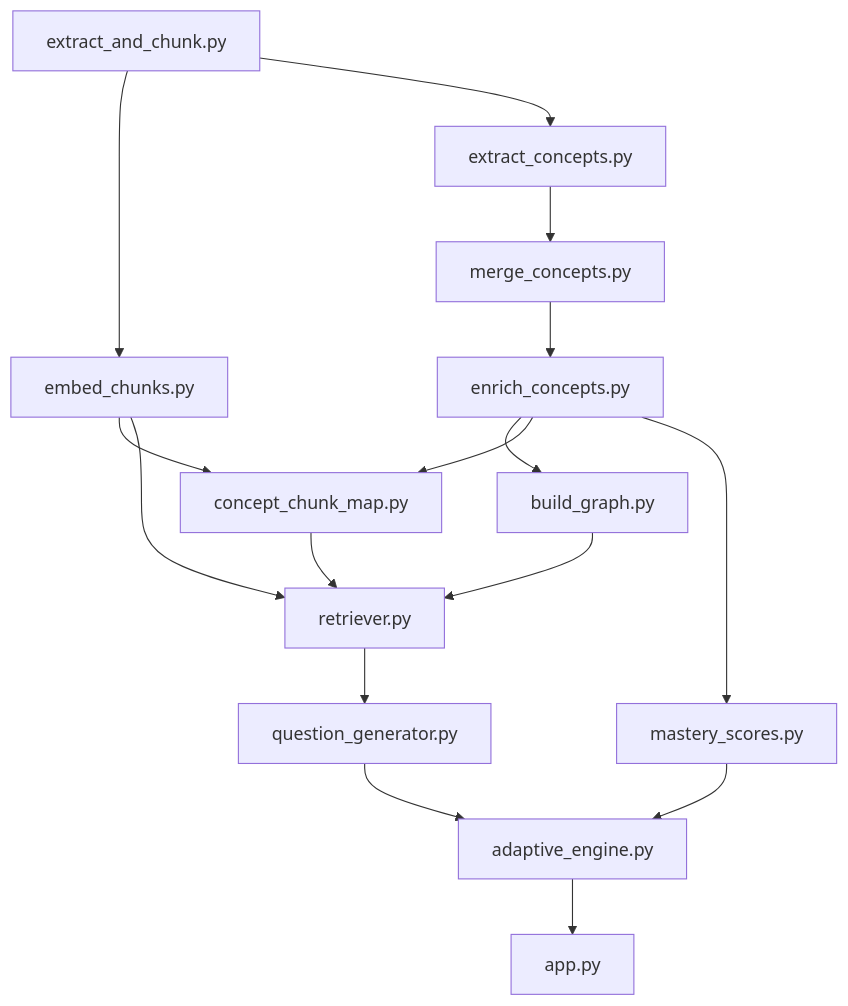
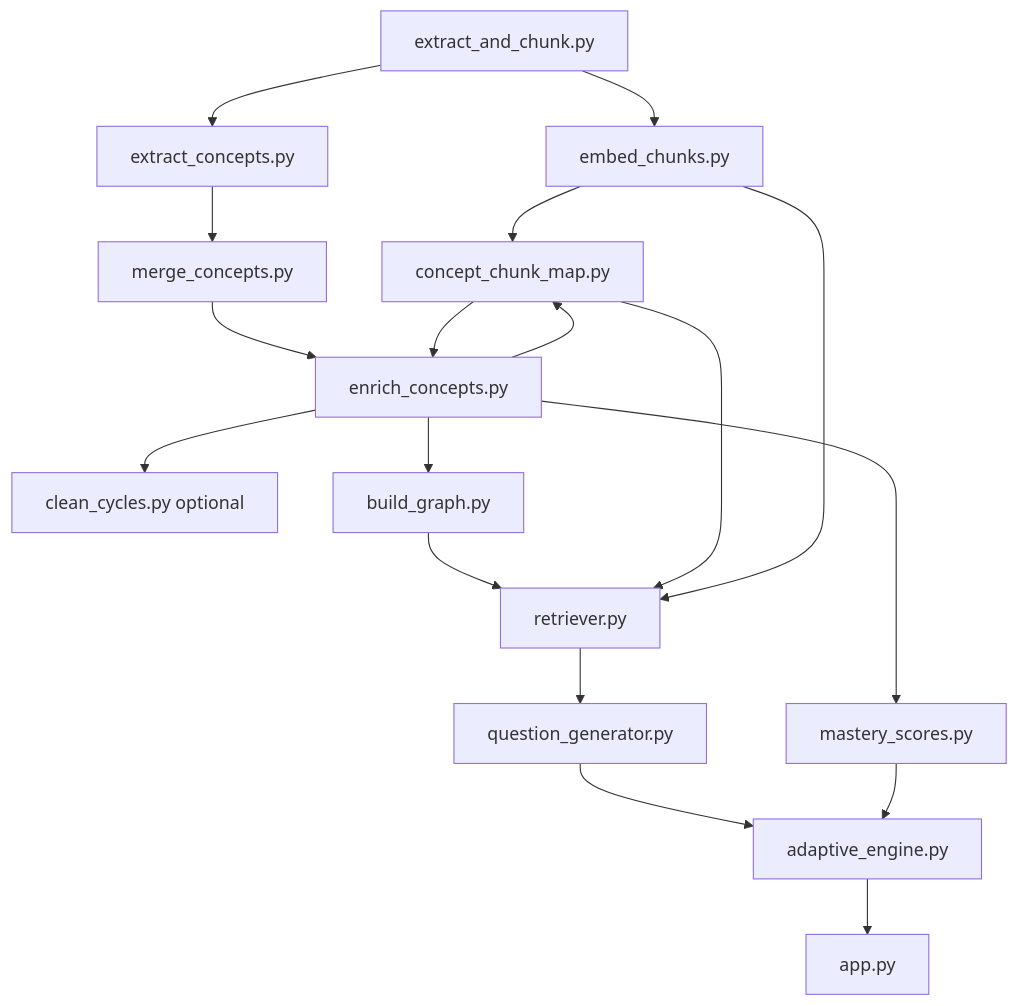
Before and after one commit to Afnan-001/Adaptive-Question-Generation: the diagram in README.md, drawn with Mermaid. The commit also changed other lines of this file, not shown here.

````diff
--- a/README.md
+++ b/README.md
@@ -86,18 +87,20 @@
 ```mermaid
 graph TD
     A[extract_and_chunk.py] --> B[embed_chunks.py]
     A --> C[extract_concepts.py]
     C --> D[merge_concepts.py]
+    B --> G[concept_chunk_map.py]
     D --> E[enrich_concepts.py]
+    G --> E
+    E --> M[clean_cycles.py optional]
     E --> F[build_graph.py]
-    B --> G[concept_chunk_map.py]
     E --> G
     E --> H[mastery_scores.py]
     F --> I[retriever.py]
     G --> I
     B --> I
     I --> J[question_generator.py]
     J --> K[adaptive_engine.py]
     H --> K
     K --> L[app.py]
 ```
````
